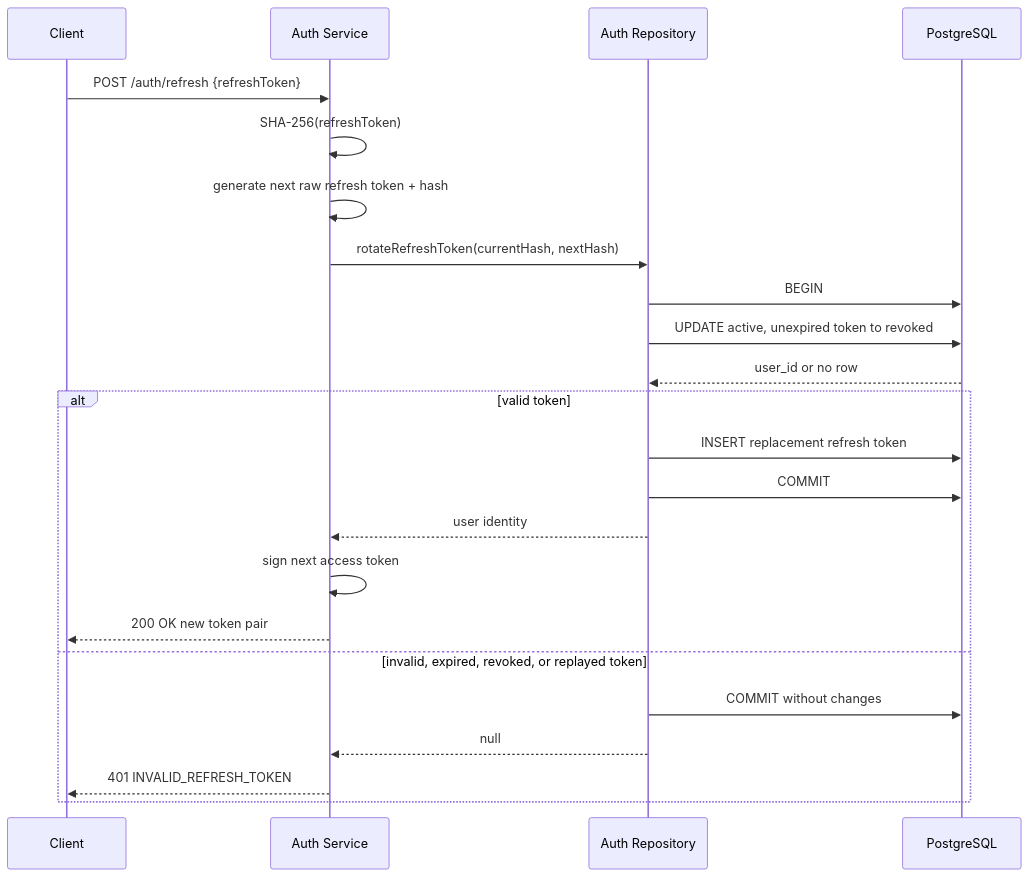
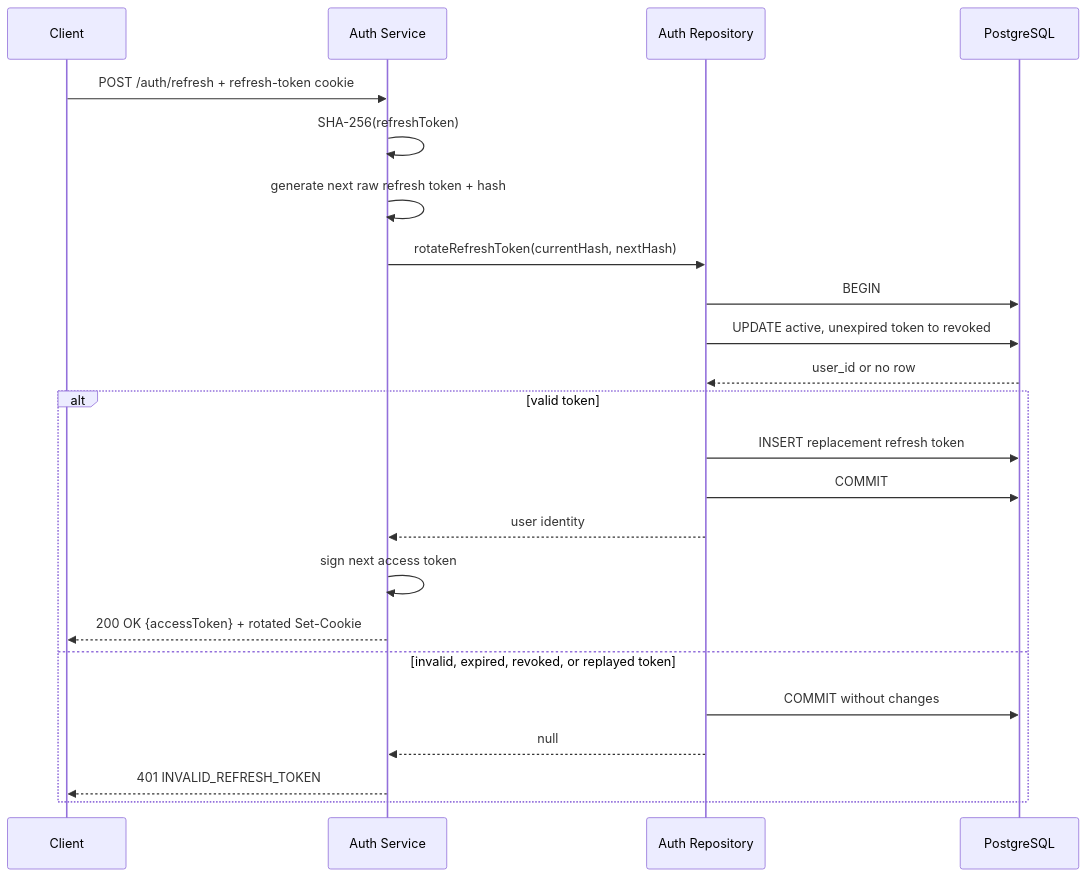
One commit to BuiNgocThuc/teamflow-api changed the third of 4 diagrams in docs/login-authentication-architecture.md. Above: the diagram before and after it, drawn with Mermaid. The commit also changed other lines of this file and 26 other files, not shown here.

Commit message:
feat/task-workflow, rate-limiting for auth, cronjob for deleting redundant refresh_token

````diff
--- a/docs/login-authentication-architecture.md
+++ b/docs/login-authentication-architecture.md
@@ -90,26 +94,26 @@
 ```mermaid
 sequenceDiagram
     participant Client
     participant Service as Auth Service
     participant Repository as Auth Repository
     participant DB as PostgreSQL
 
-    Client->>Service: POST /auth/refresh {refreshToken}
+    Client->>Service: POST /auth/refresh + refresh-token cookie
     Service->>Service: SHA-256(refreshToken)
     Service->>Service: generate next raw refresh token + hash
     Service->>Repository: rotateRefreshToken(currentHash, nextHash)
     Repository->>DB: BEGIN
     Repository->>DB: UPDATE active, unexpired token to revoked
     DB-->>Repository: user_id or no row
     alt valid token
         Repository->>DB: INSERT replacement refresh token
         Repository->>DB: COMMIT
         Repository-->>Service: user identity
         Service->>Service: sign next access token
-        Service-->>Client: 200 OK new token pair
+        Service-->>Client: 200 OK {accessToken} + rotated Set-Cookie
     else invalid, expired, revoked, or replayed token
         Repository->>DB: COMMIT without changes
         Repository-->>Service: null
         Service-->>Client: 401 INVALID_REFRESH_TOKEN
     end
 ```
````
